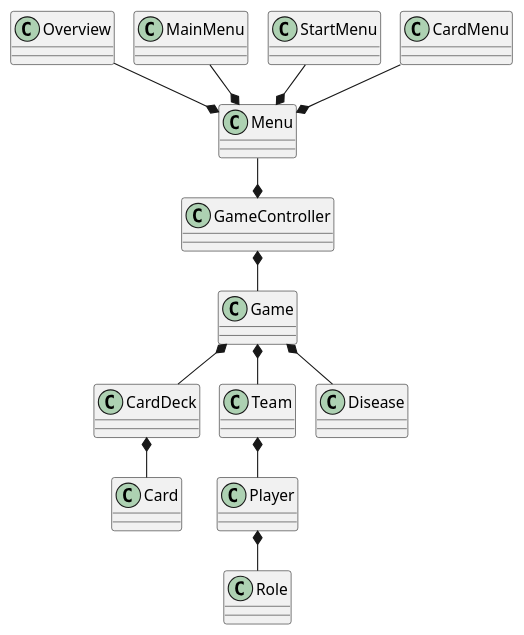
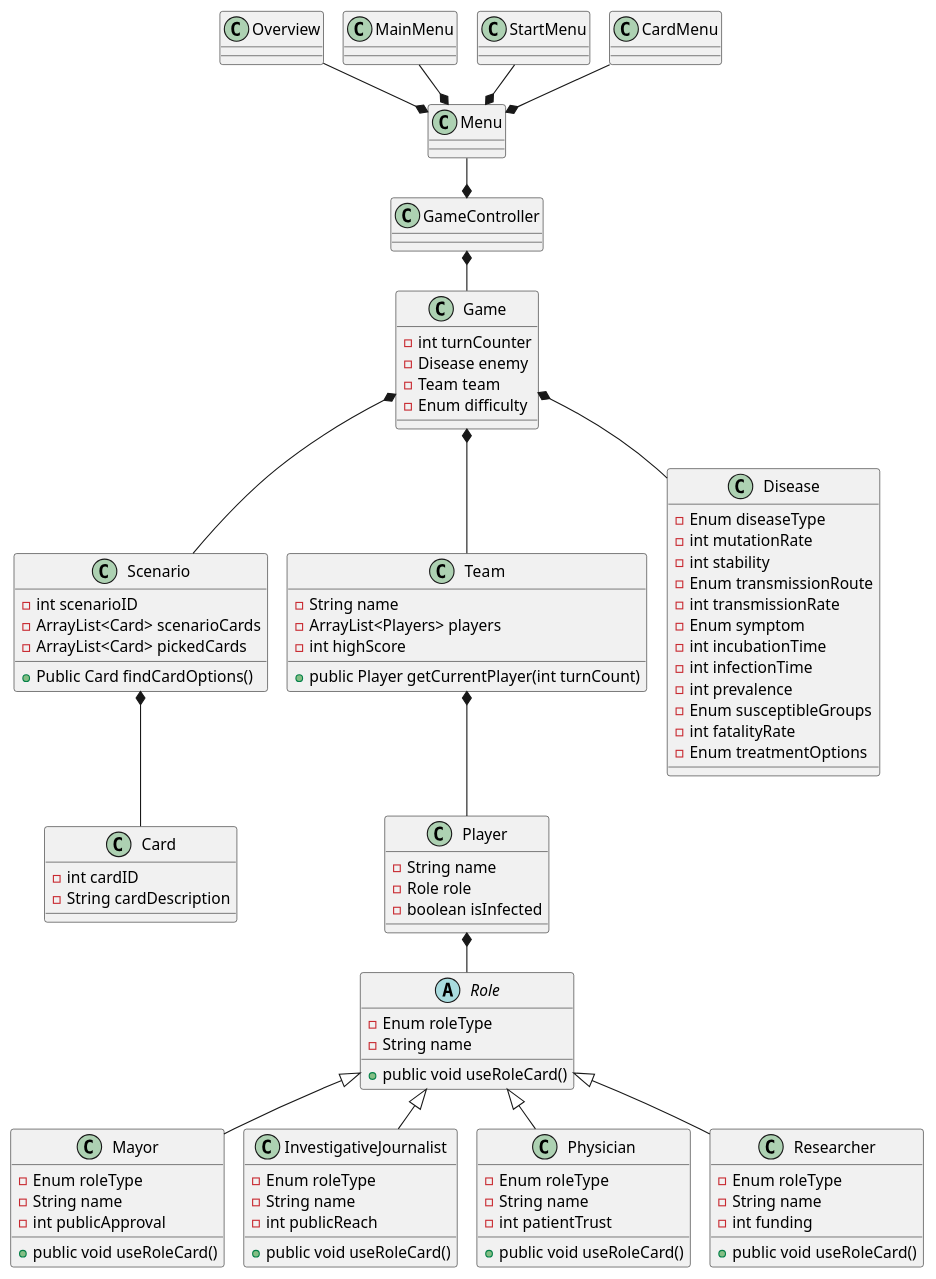
The diagram in doc/static/classdiagram.puml (Ledut-dev/SP4), drawn with PlantUML before and after one commit.

Commit message:
Initial classdiagram attribute and method update

```diff
--- a/doc/static/classdiagram.puml
+++ b/doc/static/classdiagram.puml
@@ -1,40 +1,119 @@
 @startuml
 
 !pragma layout smetana
 
 class Overview{}
+
 class MainMenu{}
+
 class StartMenu{}
+
 class CardMenu{}
+
 class Menu{}
-class CardDeck{}
-class Card{}
-class Game{}
+
+class Scenario{
+- int scenarioID
+- ArrayList<Card> scenarioCards
+- ArrayList<Card> pickedCards
+
++ Public Card findCardOptions()
+
+}
+
+class Card{
+- int cardID
+- String cardDescription
+}
+
+class Game{
+- int turnCounter
+- Disease enemy
+- Team team
+- Enum difficulty
+}
+
 class GameController{}
-class Player{}
-class Team{}
-class Role{}
-class Disease{}
+
+class Player{
+- String name
+- Role role
+- boolean isInfected
+}
+
+class Team{
+- String name
+- ArrayList<Players> players
+- int highScore
+
++ public Player getCurrentPlayer(int turnCount)
+}
+
+abstract class Role{
+- Enum roleType
+- String name
++ public void useRoleCard()
+}
+
+class Mayor extends Role{
+- Enum roleType
+- String name
+- int publicApproval
++ public void useRoleCard()
+}
+
+class InvestigativeJournalist extends Role{
+- Enum roleType
+- String name
+- int publicReach
++ public void useRoleCard()
+}
+
+class Physician extends Role{
+- Enum roleType
+- String name
+- int patientTrust
++ public void useRoleCard()
+}
+
+class Researcher extends Role{
+- Enum roleType
+- String name
+- int funding
++ public void useRoleCard()
+}
+
+class Disease{
+- Enum diseaseType
+- int mutationRate
+- int stability
+- Enum transmissionRoute
+- int transmissionRate
+- Enum symptom
+- int incubationTime
+- int infectionTime
+- int prevalence
+- Enum susceptibleGroups
+- int fatalityRate
+- Enum treatmentOptions
+}
 
 
 Overview --* Menu
 MainMenu --* Menu
 StartMenu --* Menu
 CardMenu --* Menu
 
-
-
 Menu --* GameController
-
 
 GameController *-- Game
 Game *-- Disease
-Game *-- CardDeck
+Game *-- Scenario
 Game *-- Team
-CardDeck *-- Card
+Scenario *-- Card
 Team *-- Player
 Player *-- Role
 
 
 
 @enduml
```
